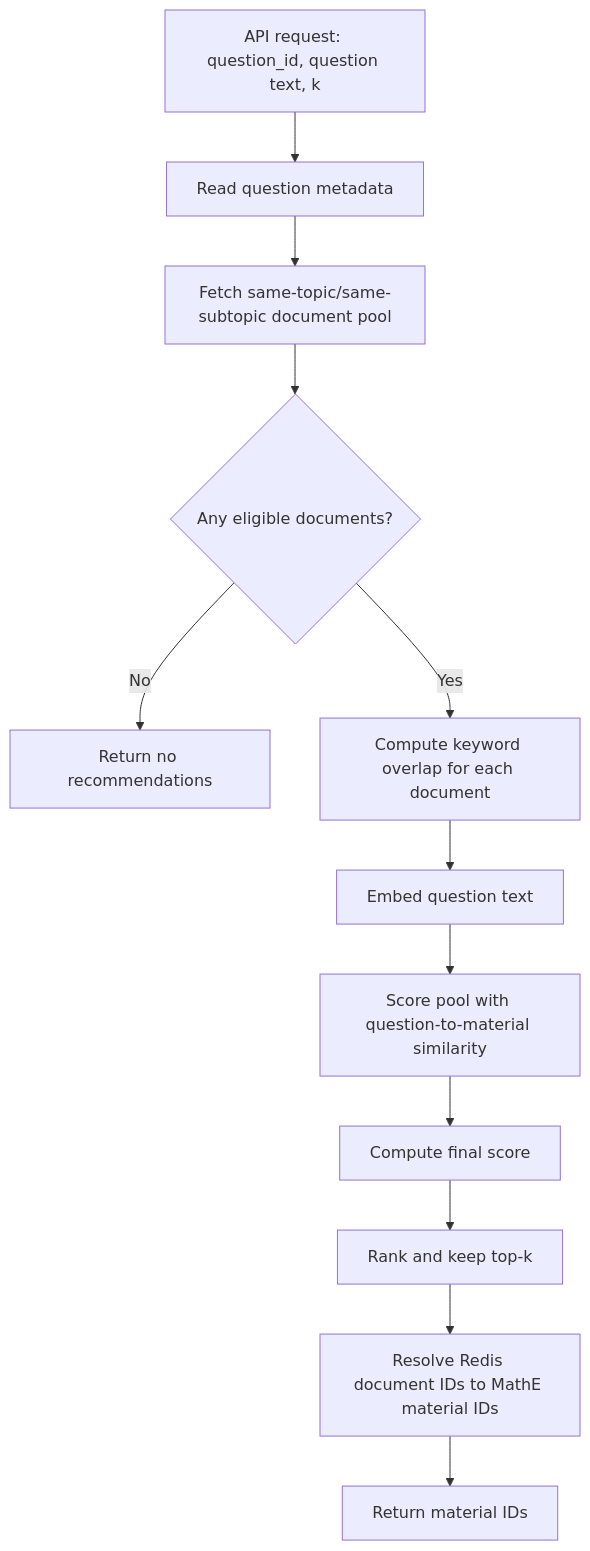
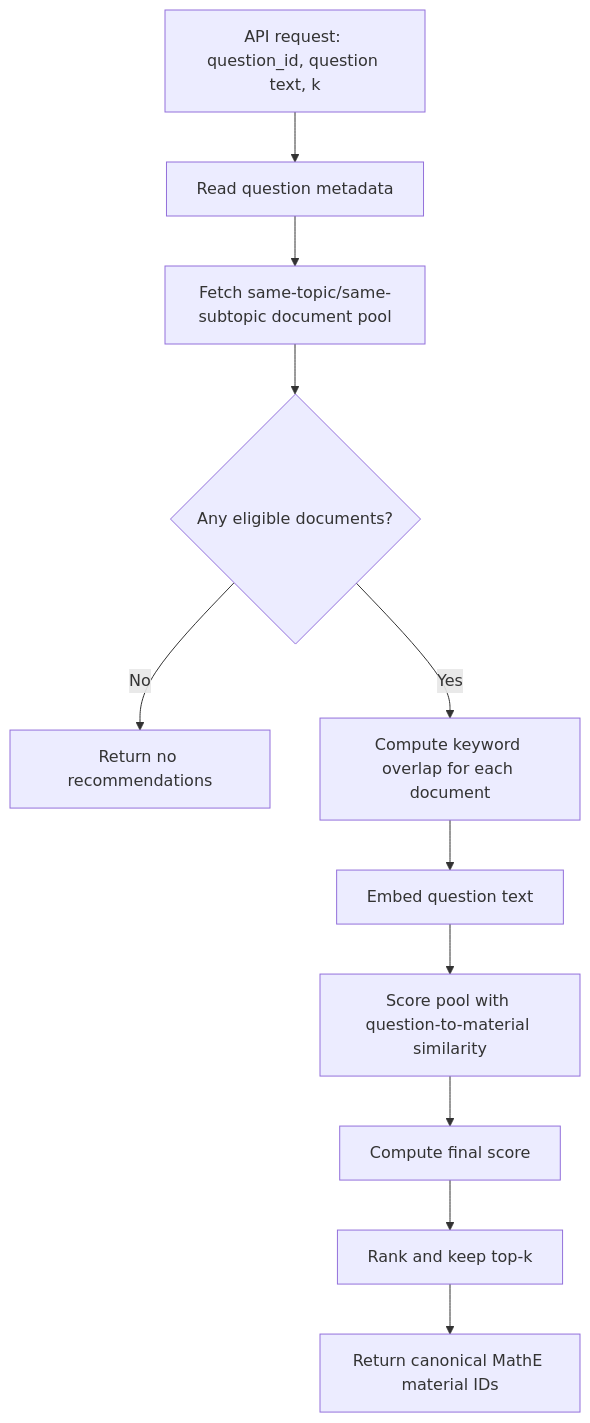
The diagram in docs/source/mathe_material_recommender.md (datagems-eosc/dataset-recsys), drawn with Mermaid before and after one commit. The commit also changed other lines of this file and 43 other files, not shown here.

Commit message:
Separate MathE document and video recommendations

````diff
--- a/docs/source/mathe_material_recommender.md
+++ b/docs/source/mathe_material_recommender.md
@@ -64,14 +65,13 @@
 ```mermaid
 flowchart TB
     A["API request: question_id, question text, k"] --> B["Read question metadata"]
     B --> C["Fetch same-topic/same-subtopic document pool"]
     C --> D{"Any eligible documents?"}
     D -- "No" --> E["Return no recommendations"]
     D -- "Yes" --> F["Compute keyword overlap for each document"]
     F --> G["Embed question text"]
     G --> H["Score pool with question-to-material similarity"]
     H --> I["Compute final score"]
     I --> J["Rank and keep top-k"]
-    J --> K["Resolve Redis document IDs to MathE material IDs"]
-    K --> L["Return material IDs"]
+    J --> K["Return canonical MathE material IDs"]
 ```
````
